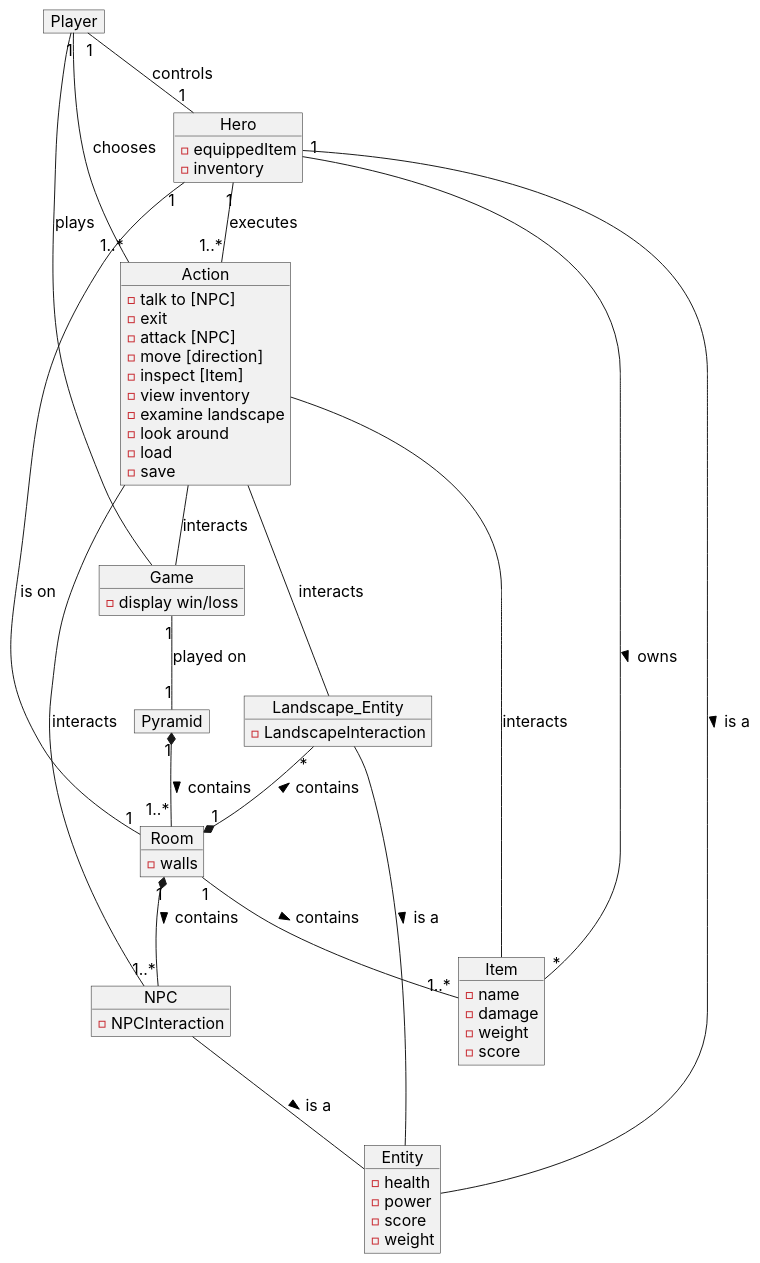
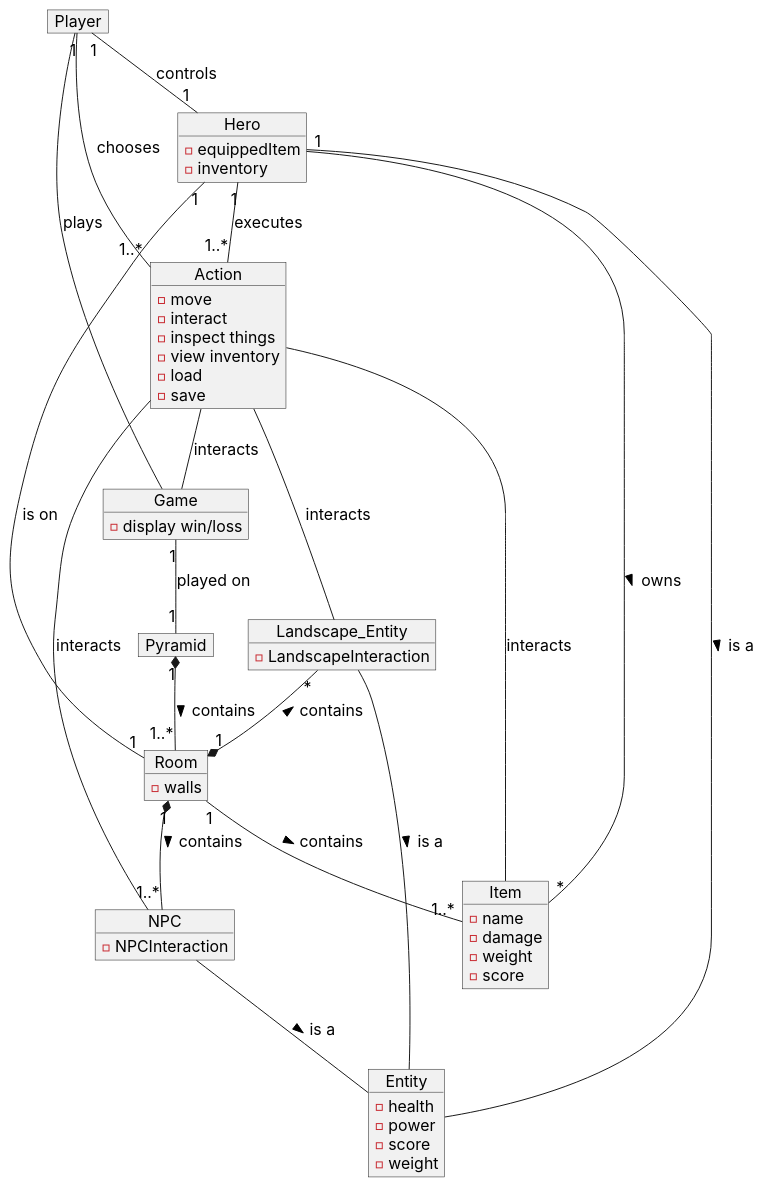
The diagram in plantuml/domain-model.plantuml (MarvinTheMoodLifter/escape-from-Dahshur), drawn with PlantUML before and after one commit.

Commit message:
8/6/2024

```diff
--- a/plantuml/domain-model.plantuml
+++ b/plantuml/domain-model.plantuml
@@ -1,72 +1,69 @@
 @startuml Domain Model
 skinparam DefaultFontName Inter
 skinparam DefaultFontSize 16
 skinparam DefaultFontStyle bold
 skinparam ArrowThickness 1
 hide empty members
 
 object "Hero" as Main_Character {
   - equippedItem
   - inventory
 }
 object Game{
 -display win/loss
 }
 object Player{
 }
 object Landscape_Entity{
    -LandscapeInteraction
 }
 object Entity {
   - health
   - power
   - score
   - weight
 }
 object Action{
-  -talk to [NPC]
-  -exit
-  -attack [NPC]
-  -move [direction]
-  -inspect [Item]
+  -move 
+  -interact
+  -inspect things
   -view inventory
-  -examine landscape
-  -look around
   -load
   -save
+
 
 }
 object Item {
   - name
   - damage 
   - weight 
   - score
 }
 object NPC {
   -NPCInteraction
 }
 object Pyramid {
 }
 object Room {
    - walls
 }
 Room "1"-- "1..*" Item : contains >
 Pyramid "1"*--"1..*" Room: contains >
 Room "1"*-- "1..*" NPC : contains >
 Game "1"--"1" Pyramid: played on
 Main_Character "1"--"*" Item: owns >
 Entity -- Main_Character: is a <
 NPC -- Entity: is a >
 Landscape_Entity -- Entity: is a >
 Landscape_Entity "*"--*"1" Room: contains <
 Main_Character "1" -- "1" Room: is on
 Player "1"--"1" Main_Character: controls
 Player -- Game: plays
 Player "1"--"1..*" Action: chooses
 Main_Character "1"--"1..*" Action: executes
 Action -- Game: interacts
 Action -- NPC: interacts
 Action -- Landscape_Entity: interacts
 Action -- Item: interacts
 
 @enduml
```
